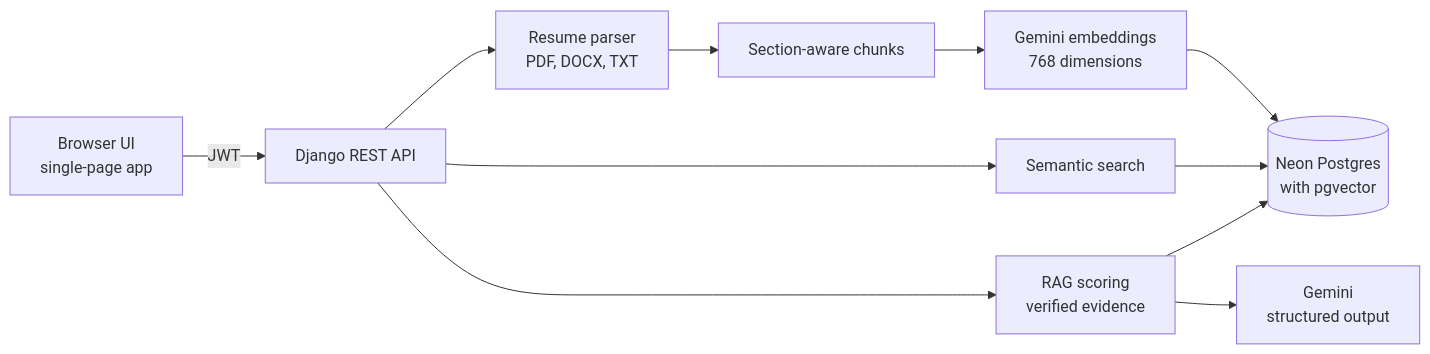
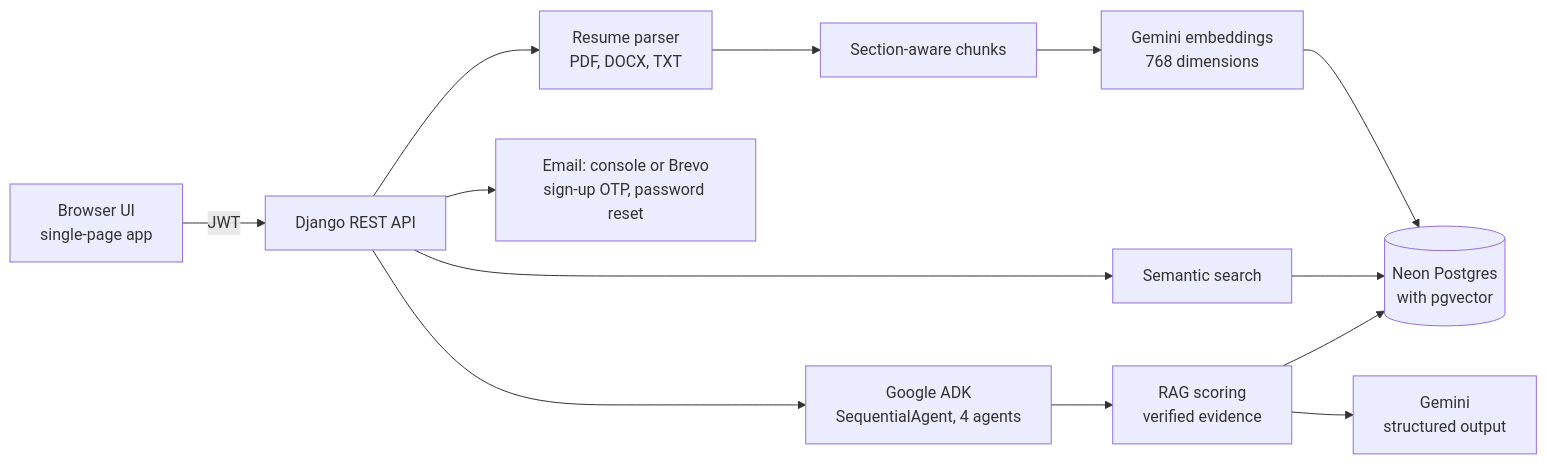
The second of 2 diagrams in README.md (aryaansaini/recruitment-ai), drawn with Mermaid before and after one commit. The commit also changed other lines of this file and 5 other files, not shown here.

First line of the commit message:
Add job leaderboard, candidate detail, Kanban board and agent timeline

````diff
--- a/README.md
+++ b/README.md
@@ -158,13 +224,15 @@
 ```mermaid
 flowchart LR
   UI["Browser UI<br/>single-page app"] -->|"JWT"| API["Django REST API"]
   API --> Parser["Resume parser<br/>PDF, DOCX, TXT"]
   Parser --> Chunks["Section-aware chunks"]
   Chunks --> Embed["Gemini embeddings<br/>768 dimensions"]
   Embed --> DB[("Neon Postgres<br/>with pgvector")]
   API --> Search["Semantic search"]
   Search --> DB
-  API --> RAG["RAG scoring<br/>verified evidence"]
+  API --> ADK["Google ADK<br/>SequentialAgent, 4 agents"]
+  ADK --> RAG["RAG scoring<br/>verified evidence"]
   RAG --> DB
   RAG --> LLM["Gemini<br/>structured output"]
+  API --> Mail["Email: console or Brevo<br/>sign-up OTP, password reset"]
 ```
````
